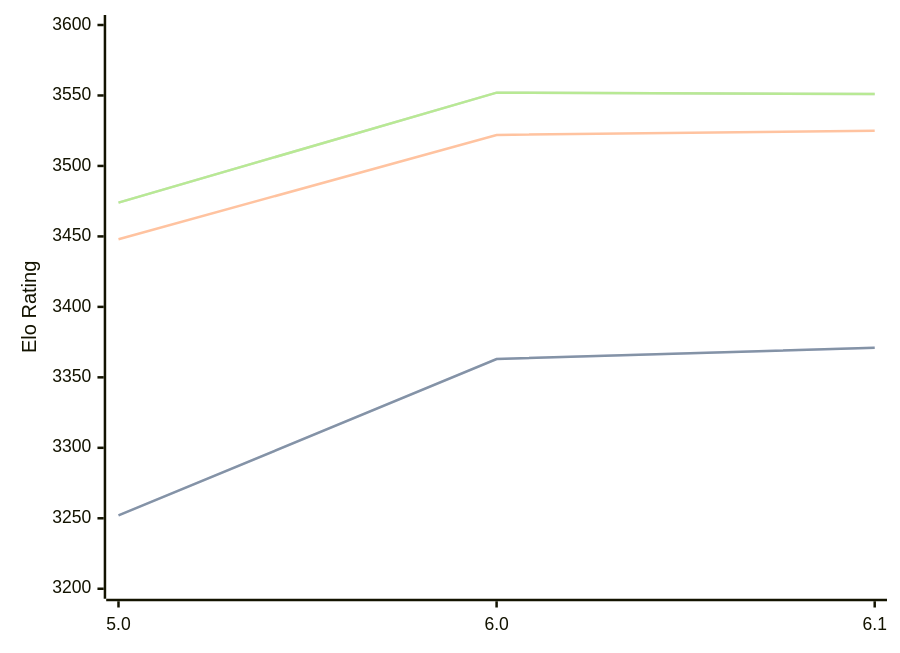
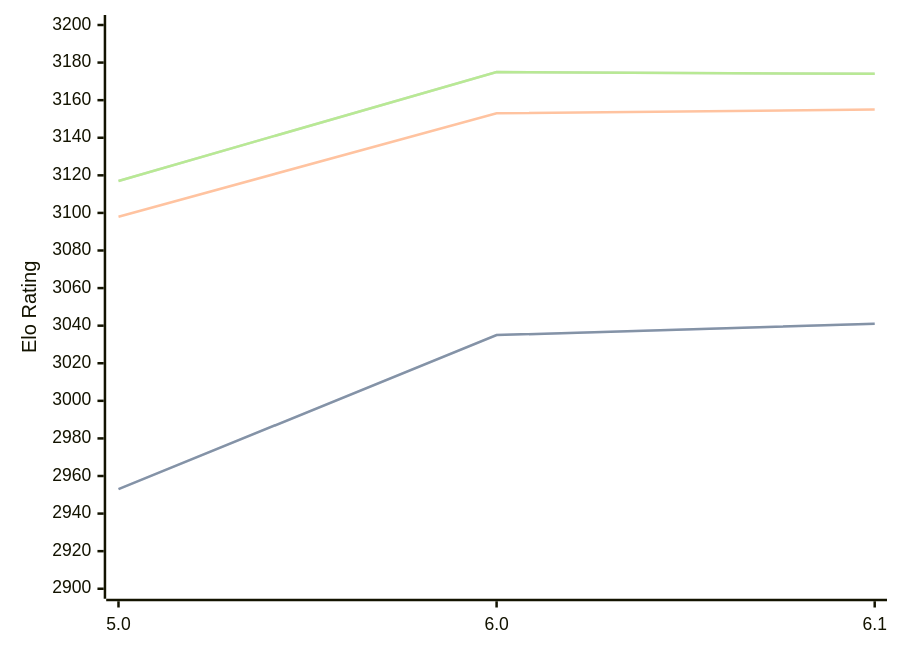
The diagram in engines/Starzix.md (computer-chess-index/cci), drawn with Mermaid before and after one commit. The commit also changed other lines of this file, not shown here.

Commit message:
Update CCI Ratings (ELO VLTC) - 2026-02-23

````diff
--- a/engines/Starzix.md
+++ b/engines/Starzix.md
@@ -34,11 +34,11 @@
 ```mermaid
 %%{init: {"theme":"base","themeVariables":{"seriesColors:['#a3a3a3','#222221','#faa371']}}}%%
 xychart-beta
   x-axis ["5.0", "6.0", "6.1"]
-  y-axis "Elo Rating" 3200 --> 3600
-  line "STC (8.0+0.08s)" [3252, 3363, 3371]
-  line "STC (8.0+0.08s)" [3252, 3363, 3371]
-  line "LTC (60.0+0.60s)" [3448, 3522, 3525]
-  line "VLTC (2m24s+1.12s)" [3474, 3552, 3551]
-  line "VLTC (2m24s+1.12s)" [3474, 3552, 3551]
+  y-axis "Elo Rating" 2900 --> 3200
+  line "STC (8.0+0.08s)" [2953, 3035, 3041]
+  line "STC (8.0+0.08s)" [2953, 3035, 3041]
+  line "LTC (60.0+0.60s)" [3098, 3153, 3155]
+  line "VLTC (2m24s+1.12s)" [3117, 3175, 3174]
+  line "VLTC (2m24s+1.12s)" [3117, 3175, 3174]
 ```
````
